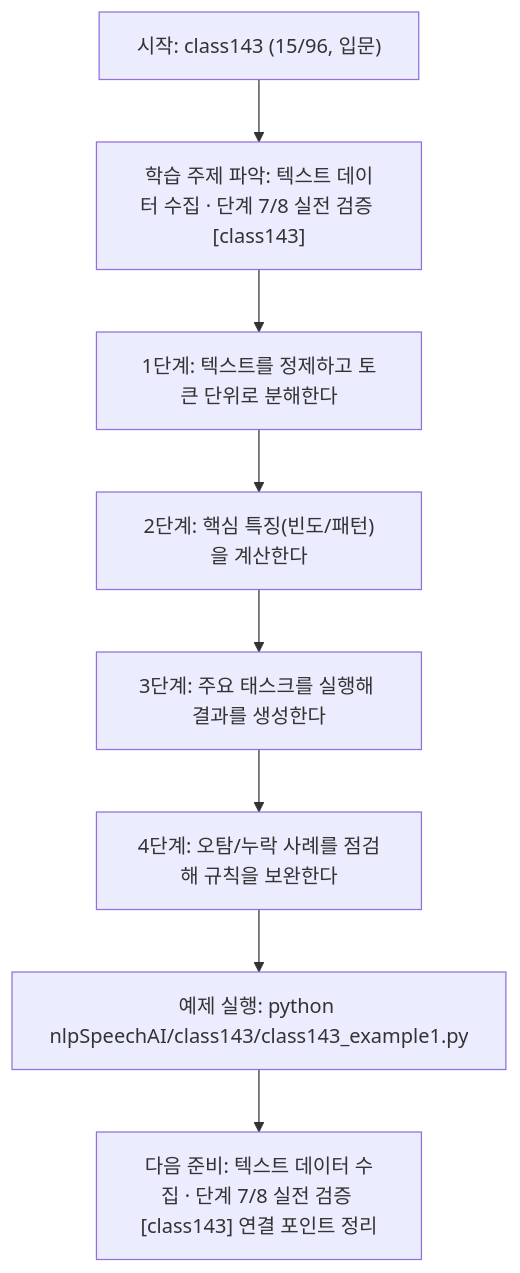
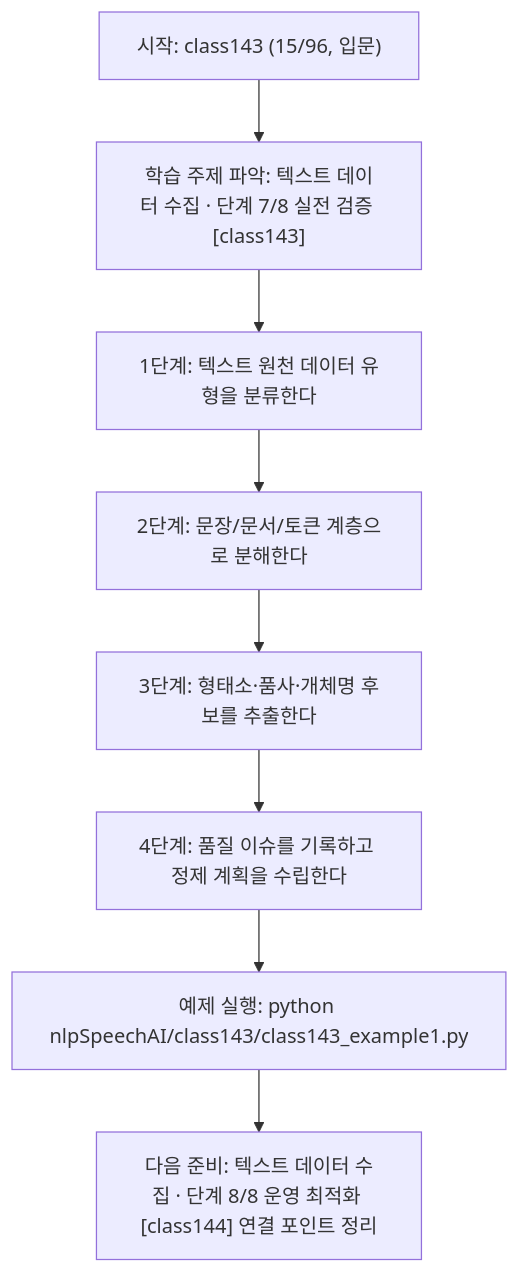
One commit to edumgt/Python-AI_Agent-Class changed the diagram in nlpSpeechAI/class143/class143.md. Above: the diagram before and after it, drawn with Mermaid. The commit also changed other lines of this file and 1122 other files, not shown here.

````diff
--- a/nlpSpeechAI/class143/class143.md
+++ b/nlpSpeechAI/class143/class143.md
@@ -114,18 +95,18 @@
 ```mermaid
 flowchart TD
 N1["시작: class143 (15/96, 입문)"]
 N2["학습 주제 파악: 텍스트 데이터 수집 · 단계 7/8 실전 검증 [class143]"]
-N3["1단계: 텍스트를 정제하고 토큰 단위로 분해한다"]
-N4["2단계: 핵심 특징(빈도/패턴)을 계산한다"]
-N5["3단계: 주요 태스크를 실행해 결과를 생성한다"]
-N6["4단계: 오탐/누락 사례를 점검해 규칙을 보완한다"]
+N3["1단계: 텍스트 원천 데이터 유형을 분류한다"]
+N4["2단계: 문장/문서/토큰 계층으로 분해한다"]
+N5["3단계: 형태소·품사·개체명 후보를 추출한다"]
+N6["4단계: 품질 이슈를 기록하고 정제 계획을 수립한다"]
 N7["예제 실행: python nlpSpeechAI/class143/class143_example1.py"]
-N8["다음 준비: 텍스트 데이터 수집 · 단계 7/8 실전 검증 [class143] 연결 포인트 정리"]
+N8["다음 준비: 텍스트 데이터 수집 · 단계 8/8 운영 최적화 [class144] 연결 포인트 정리"]
 N1 --> N2
 N2 --> N3
 N3 --> N4
 N4 --> N5
 N5 --> N6
 N6 --> N7
 N7 --> N8
 ```
````
